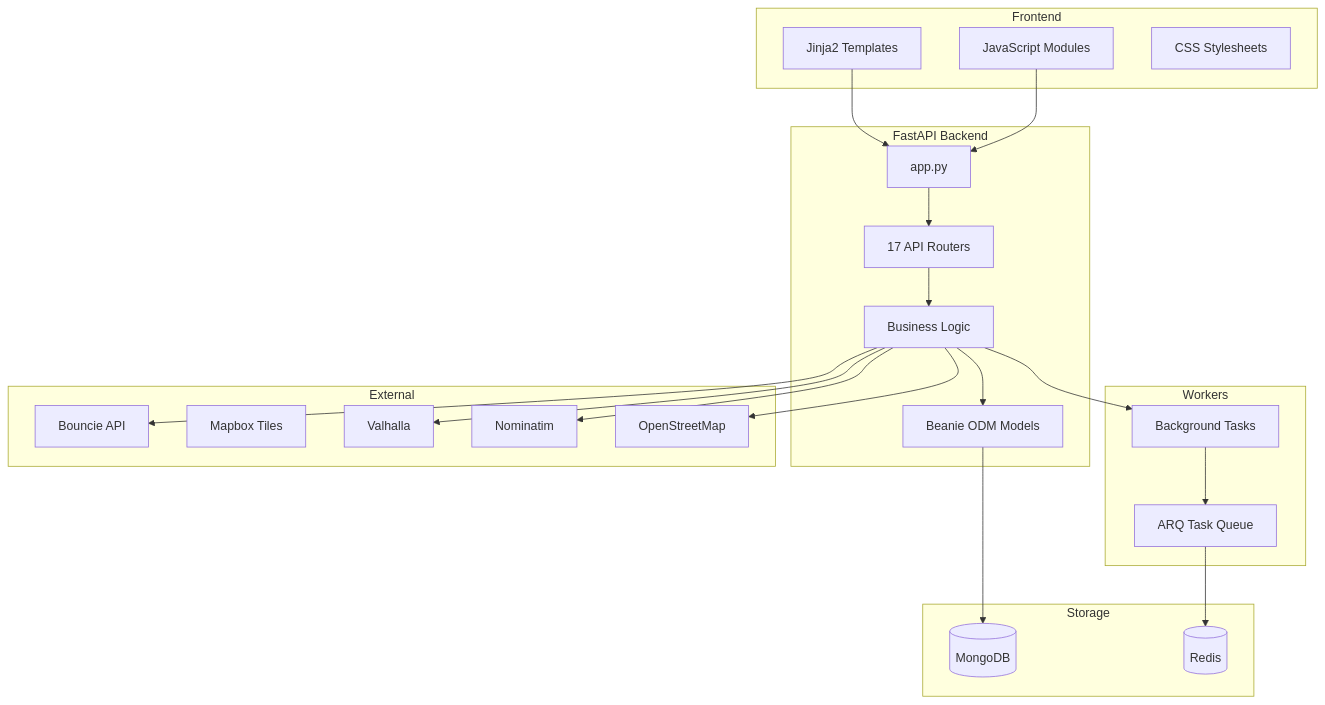
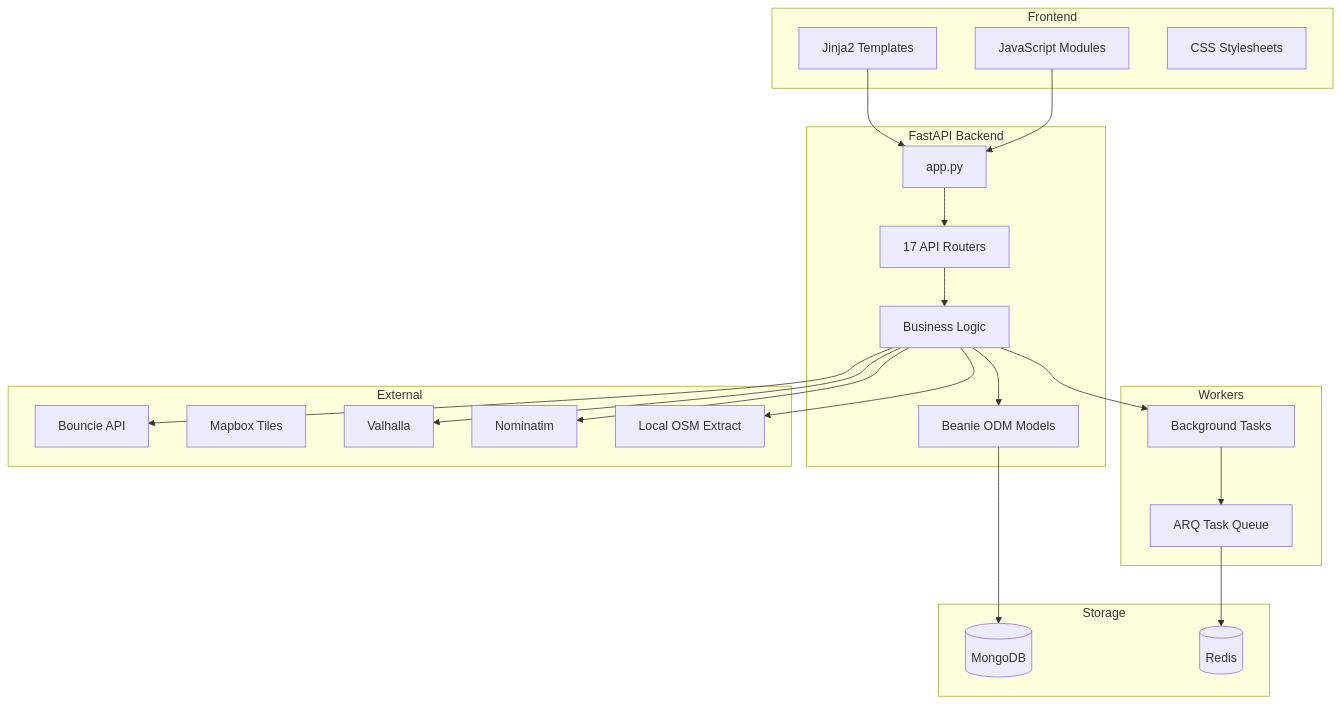
One commit to realronaldrump/everystreet-new changed the diagram in docs/application_inventory.md. Above: the diagram before and after it, drawn with Mermaid. The commit also changed other lines of this file and 13 other files, not shown here.

Commit message:
feat: Implement street graph generation from local OSM XML extracts, including driveable highway filtering.

````diff
--- a/docs/application_inventory.md
+++ b/docs/application_inventory.md
@@ -62,49 +62,49 @@
 ```mermaid
 graph TB
     subgraph Frontend
         Templates[Jinja2 Templates]
         JS[JavaScript Modules]
         CSS[CSS Stylesheets]
     end
 
     subgraph Backend["FastAPI Backend"]
         App[app.py]
         Routers[17 API Routers]
         Services[Business Logic]
         Models[Beanie ODM Models]
     end
 
     subgraph Workers
         ARQ[ARQ Task Queue]
         Tasks[Background Tasks]
     end
 
     subgraph External
         Bouncie[Bouncie API]
         Mapbox[Mapbox Tiles]
         Valhalla[Valhalla]
         Nominatim[Nominatim]
-        OSM[OpenStreetMap]
+        OSM[Local OSM Extract]
     end
 
     subgraph Storage
         MongoDB[(MongoDB)]
         Redis[(Redis)]
     end
 
     Templates --> App
     JS --> App
     App --> Routers
     Routers --> Services
     Services --> Models
     Models --> MongoDB
 
     ARQ --> Redis
     Tasks --> ARQ
     Services --> Tasks
 
     Services --> Bouncie
     Services --> Valhalla
     Services --> Nominatim
     Services --> OSM
 ```
````
